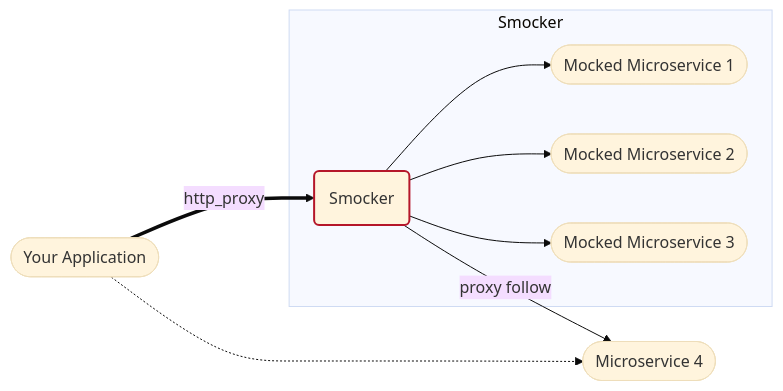
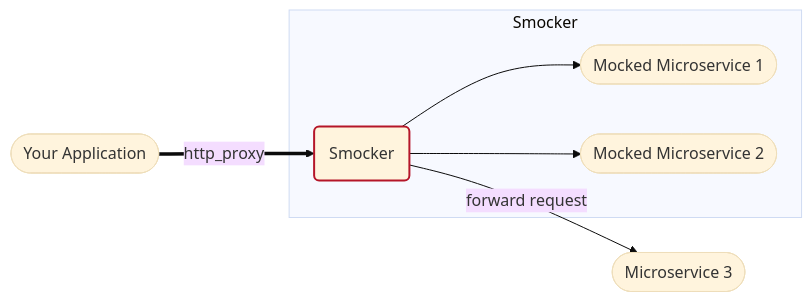
Before and after one commit to smocker-dev/smocker: the fourth of 4 diagrams in docs/guide/README.md, drawn with Mermaid (base theme). The commit also changed other lines of this file and 3 other files, not shown here.

````diff
--- a/docs/guide/README.md
+++ b/docs/guide/README.md
@@ -82,22 +80,18 @@
 ```mermaid
 graph LR
   App([Your Application])
   M1([Mocked Microservice 1])
   M2([Mocked Microservice 2])
-  M3([Mocked Microservice 3])
-  M4([Microservice 4])
+  M3([Microservice 3])
   S(Smocker)
-
 
   subgraph Smocker
     S --> M1
     S --> M2
-    S --> M3
   end
 
   App ==http_proxy==> S
-  S --proxy follow--> M4
-  App -.-> M4
+  S --forward request--> M3
 
   style S stroke:#b51629,stroke-width:2px
 ```
````
